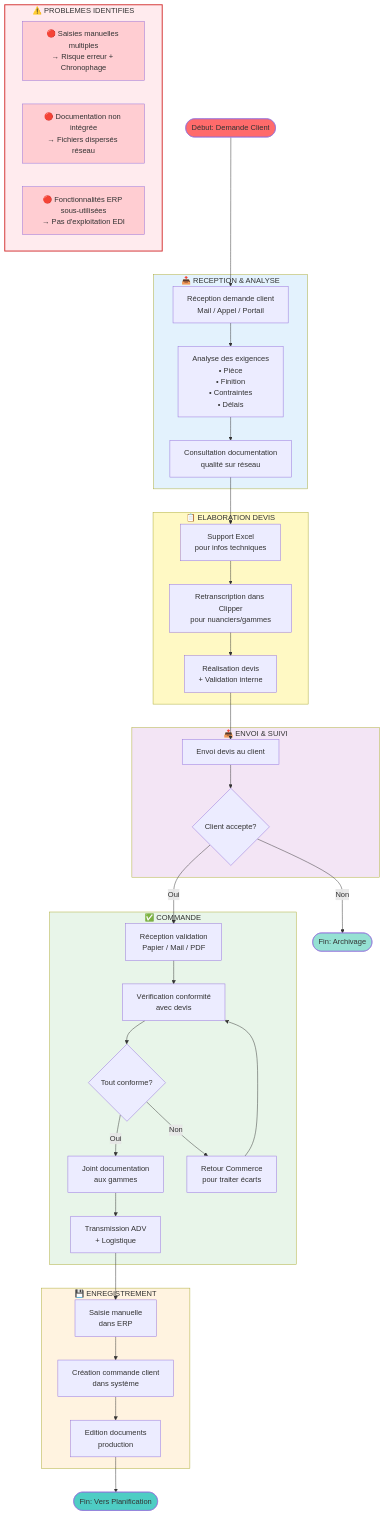
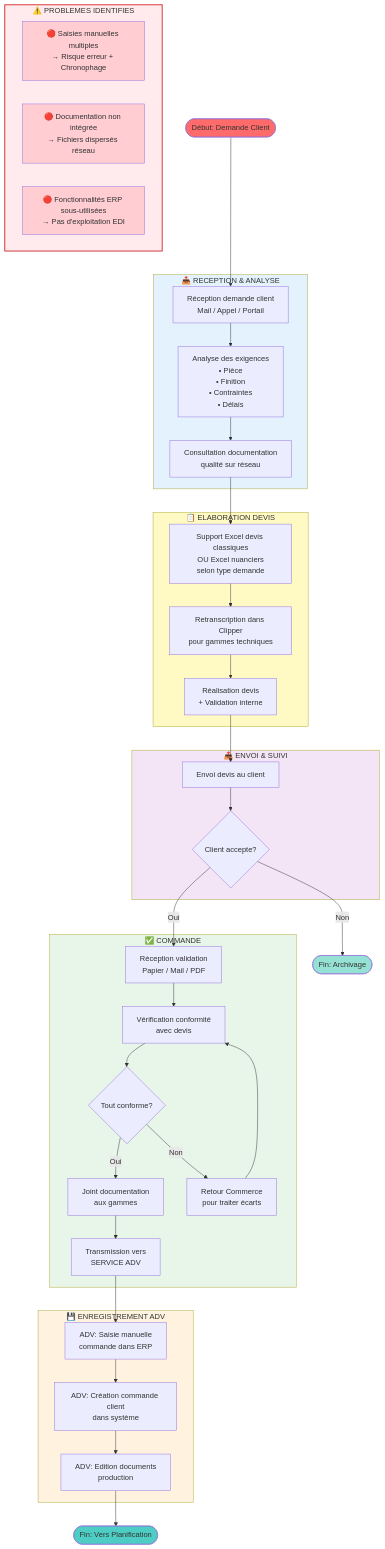
One commit to Tecosi/MH-INDUSTRIES changed the diagram in FINTECH/Cartographie_Processus/logigrammes/01_processus_commercial.mmd. Above: the diagram before and after it, drawn with Mermaid. The commit also changed 1 other file, not shown here.

Commit message:
Correction cartographie: ajout SERVICE ADV et distinction Excel devis classiques/nuanciers

```diff
--- a/FINTECH/Cartographie_Processus/logigrammes/01_processus_commercial.mmd
+++ b/FINTECH/Cartographie_Processus/logigrammes/01_processus_commercial.mmd
@@ -1,76 +1,76 @@
 flowchart TD
     START([Début: Demande Client])
     
     subgraph RECEPTION["📥 RECEPTION & ANALYSE"]
         A1[Réception demande client<br/>Mail / Appel / Portail]
         A2[Analyse des exigences<br/>• Pièce<br/>• Finition<br/>• Contraintes<br/>• Délais]
         A3[Consultation documentation<br/>qualité sur réseau]
     end
     
     subgraph DEVIS["📋 ELABORATION DEVIS"]
-        B1[Support Excel<br/>pour infos techniques]
-        B2[Retranscription dans Clipper<br/>pour nuanciers/gammes]
+        B1[Support Excel devis classiques<br/>OU Excel nuanciers<br/>selon type demande]
+        B2[Retranscription dans Clipper<br/>pour gammes techniques]
         B3[Réalisation devis<br/>+ Validation interne]
     end
     
     subgraph ENVOI["📤 ENVOI & SUIVI"]
         C1[Envoi devis au client]
         C2{Client accepte?}
     end
     
     subgraph COMMANDE["✅ COMMANDE"]
         D1[Réception validation<br/>Papier / Mail / PDF]
         D2[Vérification conformité<br/>avec devis]
         D3{Tout conforme?}
         D4[Joint documentation<br/>aux gammes]
-        D5[Transmission ADV<br/>+ Logistique]
+        D5[Transmission vers<br/>SERVICE ADV]
         D6[Retour Commerce<br/>pour traiter écarts]
     end
     
-    subgraph ENREGISTREMENT["💾 ENREGISTREMENT"]
-        E1[Saisie manuelle<br/>dans ERP]
-        E2[Création commande client<br/>dans système]
-        E3[Edition documents<br/>production]
+    subgraph ENREGISTREMENT["💾 ENREGISTREMENT ADV"]
+        E1[ADV: Saisie manuelle<br/>commande dans ERP]
+        E2[ADV: Création commande client<br/>dans système]
+        E3[ADV: Edition documents<br/>production]
     end
     
     START --> A1
     A1 --> A2
     A2 --> A3
     A3 --> B1
     B1 --> B2
     B2 --> B3
     B3 --> C1
     C1 --> C2
     
     C2 -->|Oui| D1
     C2 -->|Non| END1([Fin: Archivage])
     
     D1 --> D2
     D2 --> D3
     D3 -->|Oui| D4
     D3 -->|Non| D6
     D6 --> D2
     D4 --> D5
     D5 --> E1
     E1 --> E2
     E2 --> E3
     E3 --> END2([Fin: Vers Planification])
     
     subgraph PROBLEMES["⚠️ PROBLEMES IDENTIFIES"]
         P1["🔴 Saisies manuelles multiples<br/>→ Risque erreur + Chronophage"]
         P2["🔴 Documentation non intégrée<br/>→ Fichiers dispersés réseau"]
         P3["🔴 Fonctionnalités ERP sous-utilisées<br/>→ Pas d'exploitation EDI"]
     end
     
     style START fill:#FF6B6B
     style END1 fill:#95E1D3
     style END2 fill:#4ECDC4
     style RECEPTION fill:#E3F2FD
     style DEVIS fill:#FFF9C4
     style ENVOI fill:#F3E5F5
     style COMMANDE fill:#E8F5E9
     style ENREGISTREMENT fill:#FFF3E0
     style PROBLEMES fill:#FFEBEE,stroke:#D32F2F,stroke-width:2px
     style P1 fill:#FFCDD2
     style P2 fill:#FFCDD2
     style P3 fill:#FFCDD2
```
